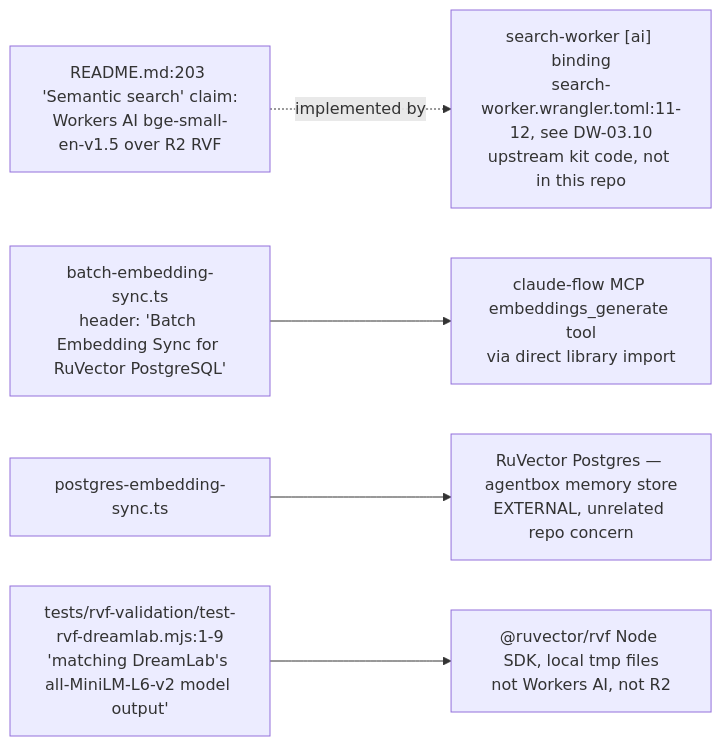
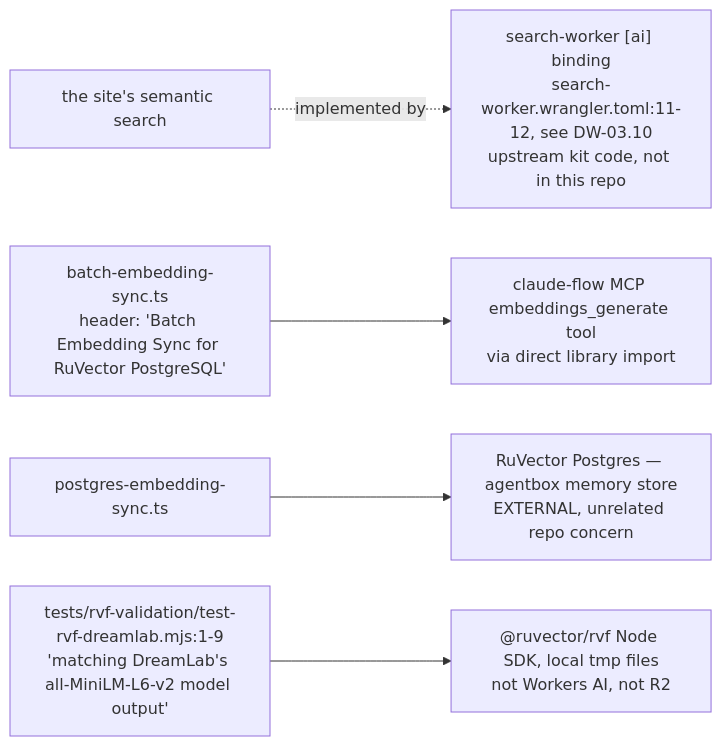
The third of 6 diagrams in docs/diagrams/dreamlab-ai-website/07-forum-provisioning-and-seeding.md (DreamLab-AI/VisionFlow), drawn with Mermaid before and after one commit. The commit also changed other lines of this file and 160 other files, not shown here.

````diff
--- a/docs/diagrams/dreamlab-ai-website/07-forum-provisioning-and-seeding.md
+++ b/docs/diagrams/dreamlab-ai-website/07-forum-provisioning-and-seeding.md
@@ -63,7 +66,7 @@
 ```mermaid
 flowchart LR
-    README["README.md:203 'Semantic search' claim:<br/>Workers AI bge-small-en-v1.5 over R2 RVF"] -.->|"implemented by"| KITWORKER["search-worker [ai] binding<br/>search-worker.wrangler.toml:11-12, see DW-03.10<br/>upstream kit code, not in this repo"]
+    SITE["the site's semantic search"] -.->|"implemented by"| KITWORKER["search-worker [ai] binding<br/>search-worker.wrangler.toml:11-12, see DW-03.10<br/>upstream kit code, not in this repo"]
     BATCH["batch-embedding-sync.ts<br/>header: 'Batch Embedding Sync for RuVector PostgreSQL'"] --> MCP["claude-flow MCP embeddings_generate tool<br/>via direct library import"]
     PG["postgres-embedding-sync.ts"] --> RUVECTOR["RuVector Postgres — agentbox memory store<br/>EXTERNAL, unrelated repo concern"]
     RVFTEST["tests/rvf-validation/test-rvf-dreamlab.mjs:1-9<br/>'matching DreamLab's all-MiniLM-L6-v2 model output'"] --> RVFLIB["@ruvector/rvf Node SDK, local tmp files<br/>not Workers AI, not R2"]
 ```
````
